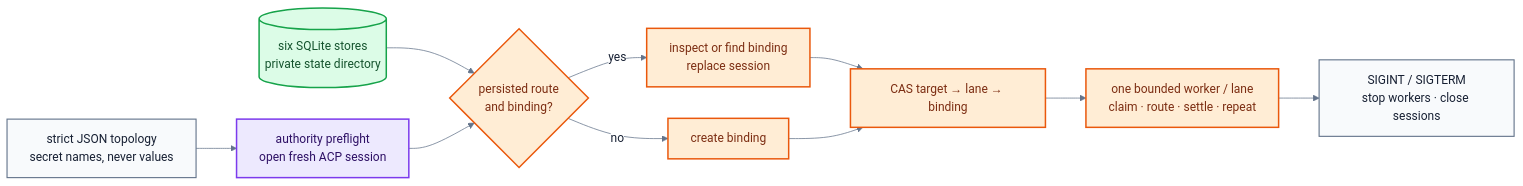
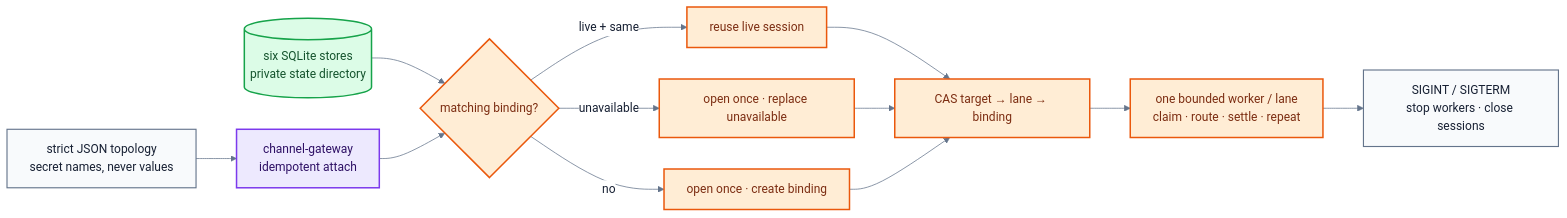
The diagram in v2/docs/runtime-startup-flow.mmd (fontanierh/crab), drawn with Mermaid before and after one commit. The commit also changed 28 other files, not shown here.

```diff
--- a/v2/docs/runtime-startup-flow.mmd
+++ b/v2/docs/runtime-startup-flow.mmd
@@ -1,30 +1,33 @@
 %%{init: {"theme": "base", "themeVariables": {"fontFamily": "ui-sans-serif, system-ui, sans-serif", "primaryTextColor": "#172033", "lineColor": "#64748b", "edgeLabelBackground": "#ffffff"}, "flowchart": {"curve": "basis", "nodeSpacing": 42, "rankSpacing": 54}}}%%
 flowchart LR
     CONFIG["strict JSON topology<br/>secret names, never values"]
     STATE[("six SQLite stores<br/>private state directory")]
-    OPEN["authority preflight<br/>open fresh ACP session"]
-    RECOVER{"persisted route<br/>and binding?"}
-    REBIND["inspect or find binding<br/>replace session"]
-    BIND["create binding"]
+    ATTACH["channel-gateway<br/>idempotent attach"]
+    RECOVER{"matching binding?"}
+    REUSE["reuse live session"]
+    REBIND["open once · replace unavailable"]
+    BIND["open once · create binding"]
     ROUTE["CAS target → lane → binding"]
     WORKER["one bounded worker / lane<br/>claim · route · settle · repeat"]
     SIGNAL["SIGINT / SIGTERM<br/>stop workers · close sessions"]
 
-    CONFIG --> OPEN
+    CONFIG --> ATTACH
     STATE --> RECOVER
-    OPEN --> RECOVER
-    RECOVER -->|"yes"| REBIND
+    ATTACH --> RECOVER
+    RECOVER -->|"live + same"| REUSE
+    RECOVER -->|"unavailable"| REBIND
     RECOVER -->|"no"| BIND
+    REUSE --> ROUTE
     REBIND --> ROUTE
     BIND --> ROUTE
     ROUTE --> WORKER
     WORKER --> SIGNAL
 
     classDef config fill:#f8fafc,stroke:#64748b,stroke-width:1.5px,color:#172033;
     classDef durable fill:#dcfce7,stroke:#16a34a,stroke-width:2px,color:#14532d;
     classDef agent fill:#ede9fe,stroke:#7c3aed,stroke-width:2px,color:#2e1065;
     classDef runtime fill:#ffedd5,stroke:#ea580c,stroke-width:2px,color:#7c2d12;
     class CONFIG,SIGNAL config;
     class STATE durable;
-    class OPEN agent;
-    class RECOVER,REBIND,BIND,ROUTE,WORKER runtime;
+    class ATTACH agent;
+    class RECOVER,REUSE,REBIND,BIND,ROUTE,WORKER runtime;
```
